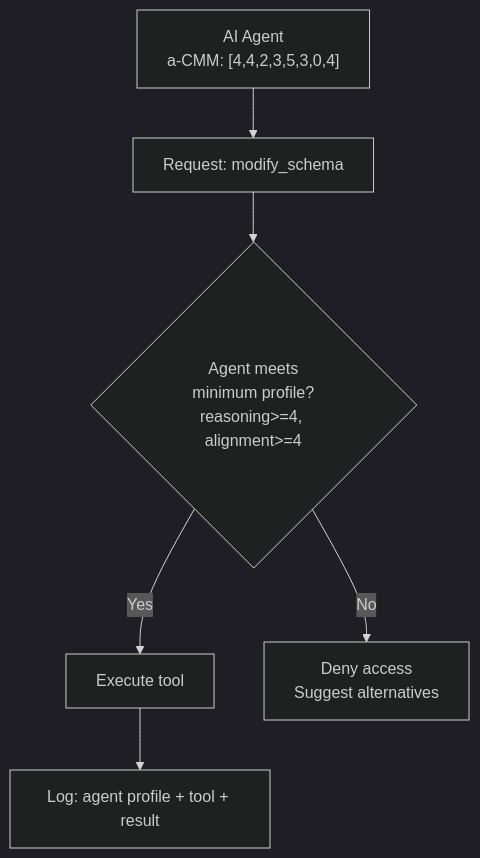
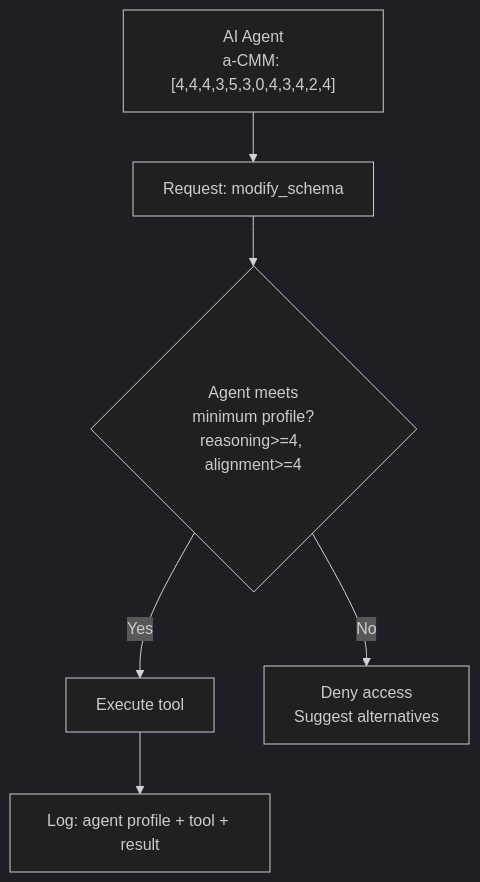
Before and after one commit to snchande/Arima-AiCMM: the third of 3 diagrams in docs/standards/integration-guide.md, drawn with Mermaid (dark theme). The commit also changed other lines of this file and 21 other files, not shown here.

First line of the commit message:
feat: upgrade to 12-dimension Level 0/Level 1 architecture with Empathy & Inclusivity

````diff
--- a/docs/standards/integration-guide.md
+++ b/docs/standards/integration-guide.md
@@ -190,8 +213,8 @@
 ```mermaid
 flowchart TD
-    Client["AI Agent<br/>a-CMM: [4,4,2,3,5,3,0,4]"] --> Request["Request: modify_schema"]
+    Client["AI Agent<br/>a-CMM: [4,4,4,3,5,3,0,4,3,4,2,4]"] --> Request["Request: modify_schema"]
     Request --> Check{"Agent meets<br/>minimum profile?<br/>reasoning>=4, alignment>=4"}
     Check -->|Yes| Execute["Execute tool"]
     Check -->|No| Deny["Deny access<br/>Suggest alternatives"]
     Execute --> Audit["Log: agent profile + tool + result"]
 ```
````
